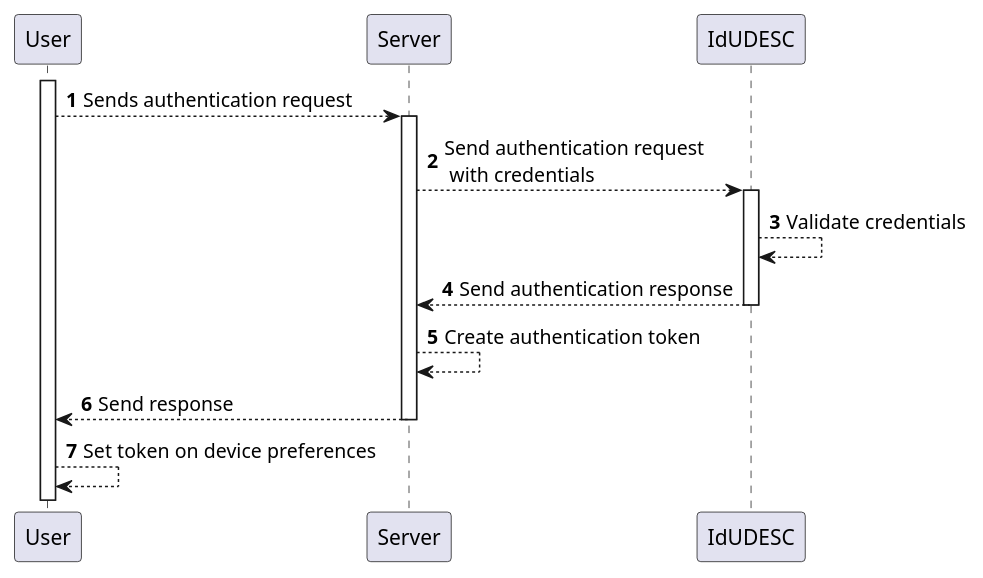
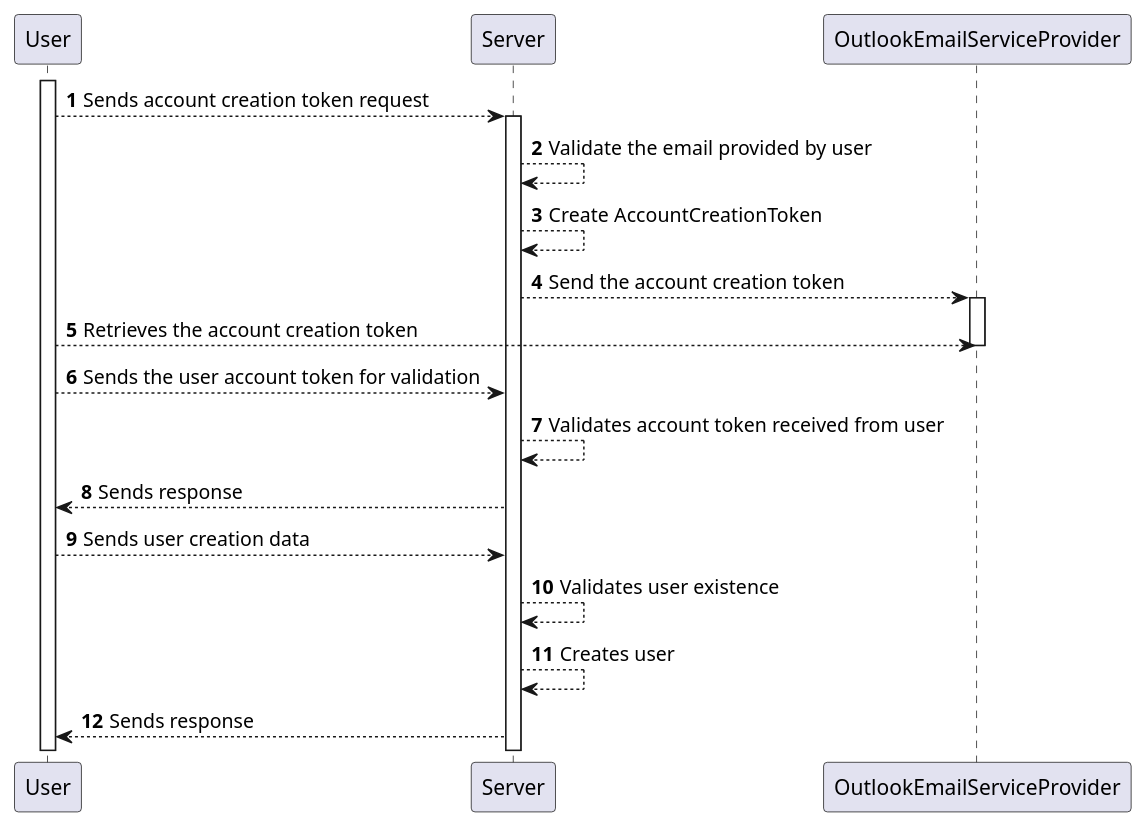
The diagram in diagrama_sequencia.puml (DricoGrosch/TCC-UDESC-DJANGO-APP), drawn with PlantUML before and after one commit. The commit also changed 4 other files, not shown here.

Commit message:
diagramas

```diff
--- a/diagrama_sequencia.puml
+++ b/diagrama_sequencia.puml
@@ -1,19 +1,25 @@
 @startuml proxy-auth-sequence
 
 autonumber 1
 
 activate User
-User --> Server: Sends authentication request
+    User --> Server: Sends account creation token request
+
 activate Server
-  Server --> IdUDESC: Send authentication request \n with credentials
+    Server --> Server: Validate the email provided by user
+    Server --> Server: Create AccountCreationToken
+    Server --> OutlookEmailServiceProvider: Send the account creation token
 
-activate IdUDESC
-  IdUDESC --> IdUDESC: Validate credentials
-  IdUDESC --> Server: Send authentication response
+activate OutlookEmailServiceProvider
+    User-->OutlookEmailServiceProvider: Retrieves the account creation token
+deactivate
 
-deactivate IdUDESC
-  Server --> Server: Create authentication token
-  Server --> User: Send response
-deactivate Server
-  User --> User: Set token on device preferences
+User-->Server: Sends the user account token for validation
+
+Server-->Server: Validates account token received from user
+Server-->User: Sends response
+User-->Server: Sends user creation data
+Server-->Server: Validates user existence
+Server-->Server: Creates user
+Server--> User: Sends response
 @enduml
```
